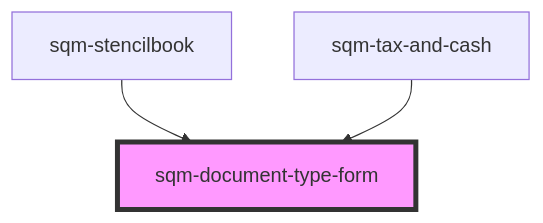
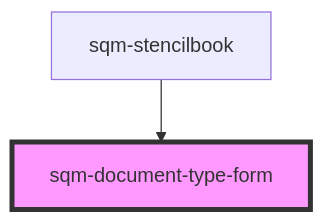
The diagram in packages/mint-components/src/components/tax-and-cash/sqm-document-type-form/readme.md (saasquatch/program-tools), drawn with Mermaid before and after one commit. The commit also changed other lines of this file and 16 other files, not shown here.

````diff
--- a/packages/mint-components/src/components/tax-and-cash/sqm-document-type-form/readme.md
+++ b/packages/mint-components/src/components/tax-and-cash/sqm-document-type-form/readme.md
@@ -36,6 +35,5 @@
 ```mermaid
 graph TD;
   sqm-stencilbook --> sqm-document-type-form
-  sqm-tax-and-cash --> sqm-document-type-form
   style sqm-document-type-form fill:#f9f,stroke:#333,stroke-width:4px
 ```
````
